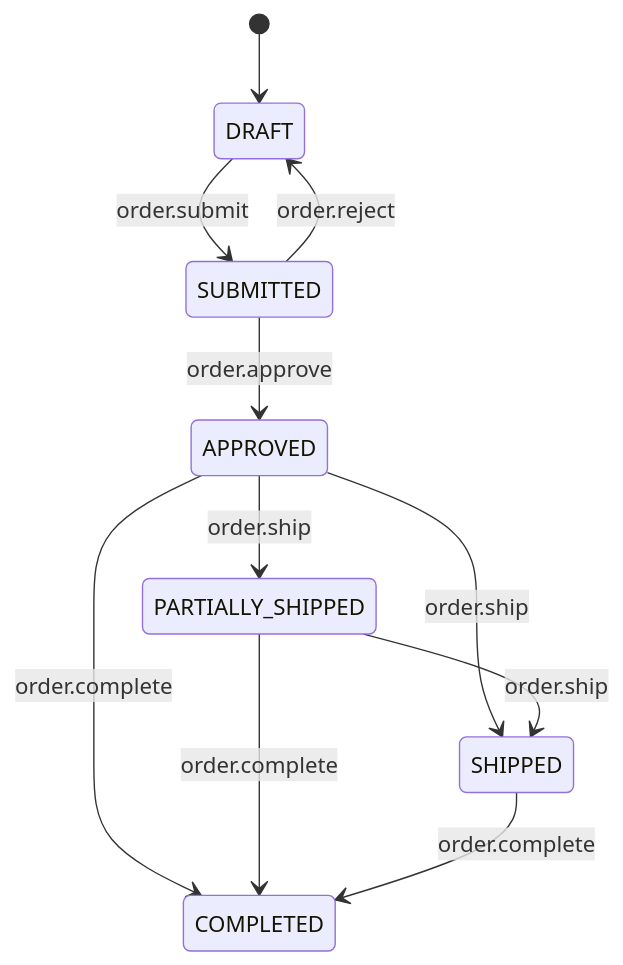
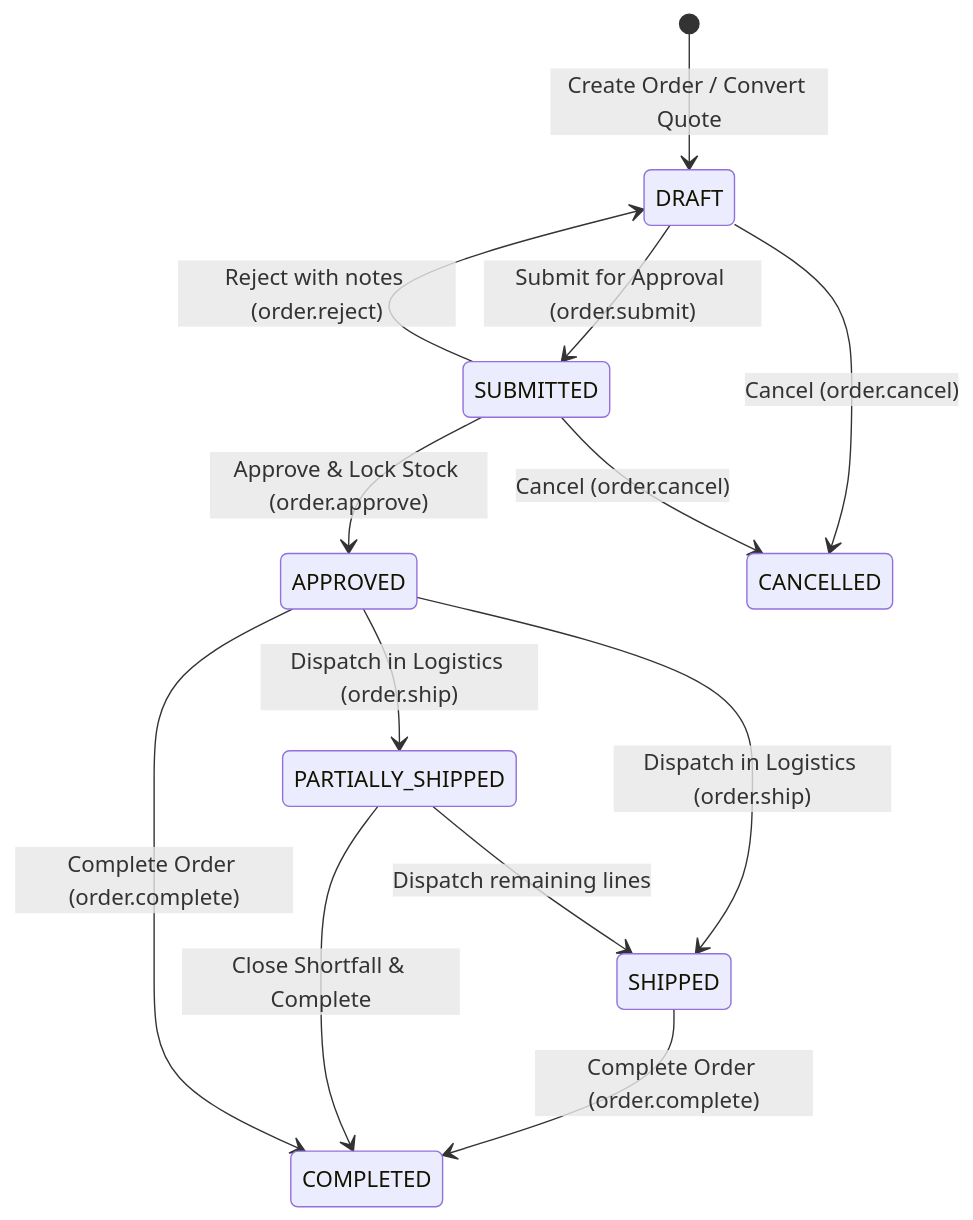
The second of 2 diagrams in user-guides/modules/sales.md (tenarm/docs), drawn with Mermaid before and after one commit. The commit also changed other lines of this file and 42 other files, not shown here.

````diff
--- a/user-guides/modules/sales.md
+++ b/user-guides/modules/sales.md
@@ -60,13 +177,18 @@
 ```mermaid
 stateDiagram-v2
-    [*] --> DRAFT
-    DRAFT --> SUBMITTED : order.submit
-    SUBMITTED --> DRAFT : order.reject
-    SUBMITTED --> APPROVED : order.approve
-    APPROVED --> PARTIALLY_SHIPPED : order.ship
-    APPROVED --> SHIPPED : order.ship
-    PARTIALLY_SHIPPED --> SHIPPED : order.ship
-    APPROVED --> COMPLETED : order.complete
-    PARTIALLY_SHIPPED --> COMPLETED : order.complete
-    SHIPPED --> COMPLETED : order.complete
+    [*] --> DRAFT : Create Order / Convert Quote
+    DRAFT --> SUBMITTED : Submit for Approval (order.submit)
+    SUBMITTED --> APPROVED : Approve & Lock Stock (order.approve)
+    SUBMITTED --> DRAFT : Reject with notes (order.reject)
+    
+    APPROVED --> PARTIALLY_SHIPPED : Dispatch in Logistics (order.ship)
+    APPROVED --> SHIPPED : Dispatch in Logistics (order.ship)
+    PARTIALLY_SHIPPED --> SHIPPED : Dispatch remaining lines
+    
+    SHIPPED --> COMPLETED : Complete Order (order.complete)
+    PARTIALLY_SHIPPED --> COMPLETED : Close Shortfall & Complete
+    APPROVED --> COMPLETED : Complete Order (order.complete)
+    
+    DRAFT --> CANCELLED : Cancel (order.cancel)
+    SUBMITTED --> CANCELLED : Cancel (order.cancel)
 ```
````
